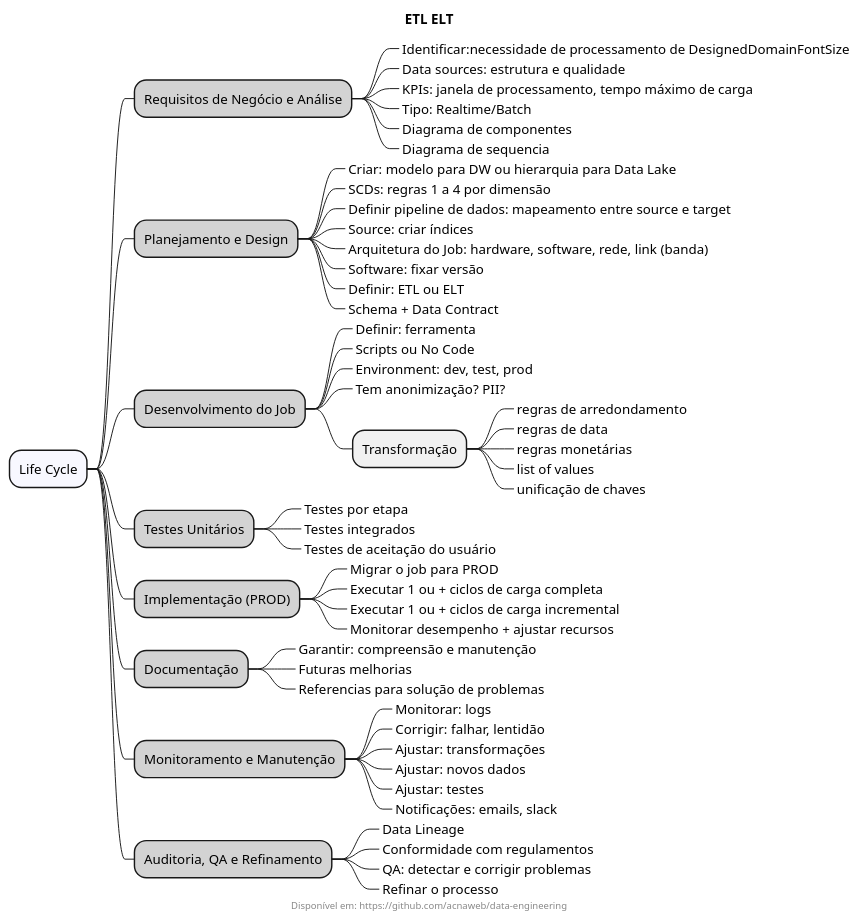
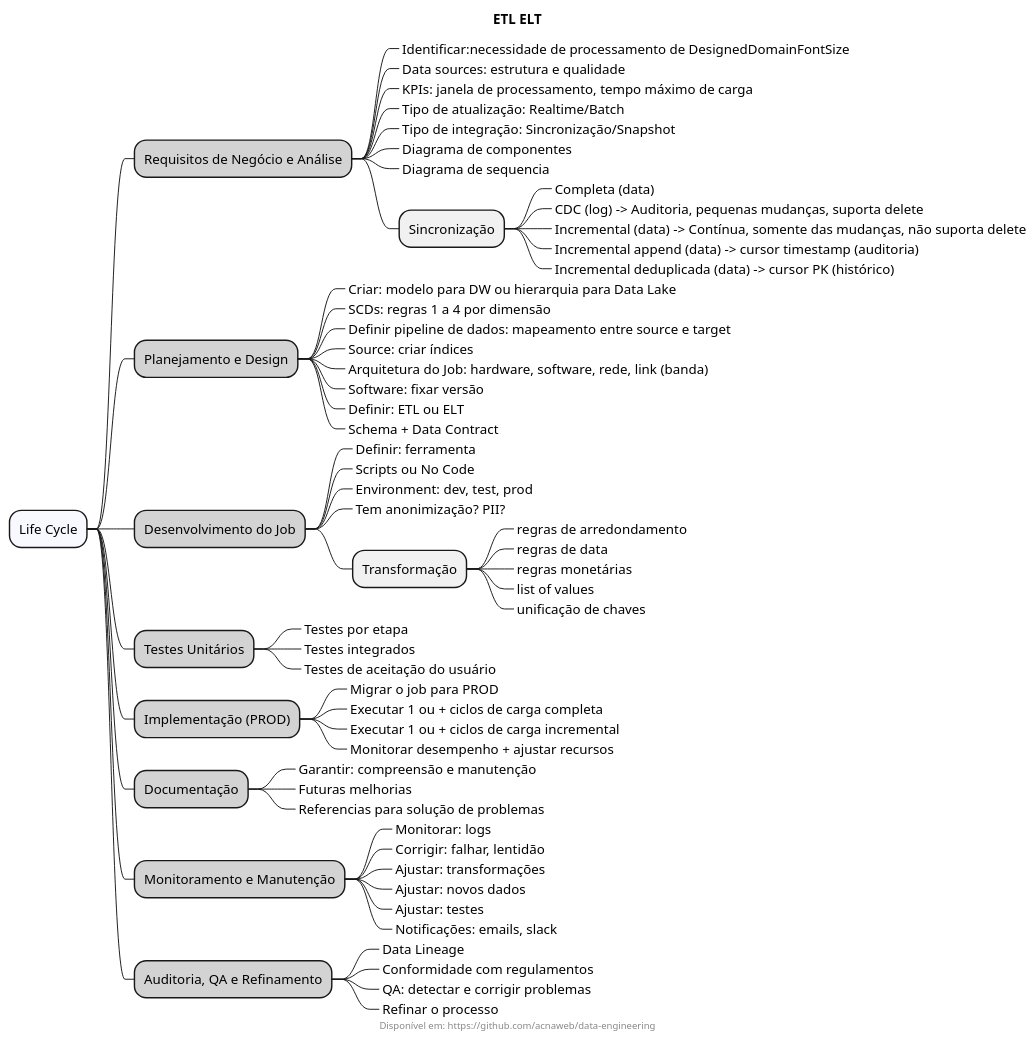
Before and after one commit to acnaweb/data-engineering: the diagram in diagrams/etl-elt.puml, drawn with PlantUML. The commit also changed 2 other files, not shown here.

```diff
--- a/diagrams/etl-elt.puml
+++ b/diagrams/etl-elt.puml
@@ -1,68 +1,75 @@
 @startmindmap
 
 title "ETL ELT"
 footer Disponível em: https://github.com/acnaweb/data-engineering
 
 *[#F8F8FF]  Life Cycle
 
 **[#LightGray] Requisitos de Negócio e Análise
 ***_ Identificar:necessidade de processamento de DesignedDomainFontSize
 ***_ Data sources: estrutura e qualidade
 ***_ KPIs: janela de processamento, tempo máximo de carga
-***_ Tipo: Realtime/Batch
+***_ Tipo de atualização: Realtime/Batch
+***_ Tipo de integração: Sincronização/Snapshot
 ***_ Diagrama de componentes
 ***_ Diagrama de sequencia
+*** Sincronização
+****_ Completa (data)
+****_ CDC (log) -> Auditoria, pequenas mudanças, suporta delete
+****_ Incremental (data) -> Contínua, somente das mudanças, não suporta delete
+****_ Incremental append (data) -> cursor timestamp (auditoria)
+****_ Incremental deduplicada (data) -> cursor PK (histórico)
 
 **[#LightGray] Planejamento e Design
 ***_ Criar: modelo para DW ou hierarquia para Data Lake
 ***_ SCDs: regras 1 a 4 por dimensão
 ***_ Definir pipeline de dados: mapeamento entre source e target
 ***_ Source: criar índices
 ***_ Arquitetura do Job: hardware, software, rede, link (banda)
 ***_ Software: fixar versão
 ***_ Definir: ETL ou ELT
 ***_ Schema + Data Contract
 
 **[#LightGray] Desenvolvimento do Job
 ***_ Definir: ferramenta
 ***_ Scripts ou No Code
 ***_ Environment: dev, test, prod
 ***_ Tem anonimização? PII?
 *** Transformação
 ****_ regras de arredondamento
 ****_ regras de data
 ****_ regras monetárias
 ****_ list of values
 ****_ unificação de chaves
 
 **[#LightGray] Testes Unitários
 ***_ Testes por etapa
 ***_ Testes integrados
 ***_ Testes de aceitação do usuário
 
 **[#LightGray] Implementação (PROD)
 ***_ Migrar o job para PROD
 ***_ Executar 1 ou + ciclos de carga completa
 ***_ Executar 1 ou + ciclos de carga incremental
 ***_ Monitorar desempenho + ajustar recursos
 
 **[#LightGray] Documentação
 ***_ Garantir: compreensão e manutenção
 ***_ Futuras melhorias
 ***_ Referencias para solução de problemas
 
 **[#LightGray] Monitoramento e Manutenção
 ***_ Monitorar: logs
 ***_ Corrigir: falhar, lentidão
 ***_ Ajustar: transformações
 ***_ Ajustar: novos dados
 ***_ Ajustar: testes
 ***_ Notificações: emails, slack
 
 **[#LightGray] Auditoria, QA e Refinamento
 ***_ Data Lineage
 ***_ Conformidade com regulamentos 
 ***_ QA: detectar e corrigir problemas
 ***_ Refinar o processo
 
 @endmindmap
```
